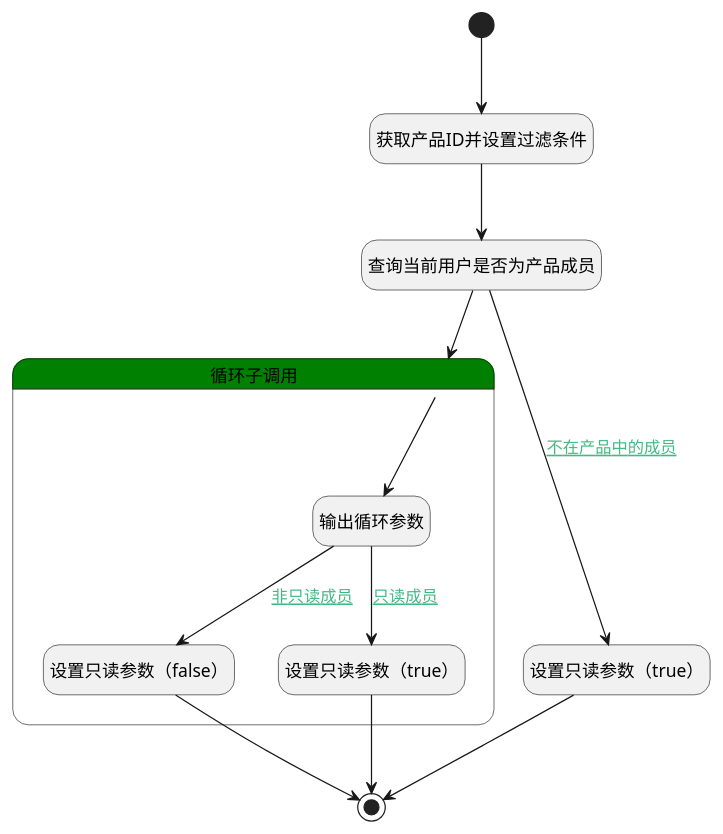
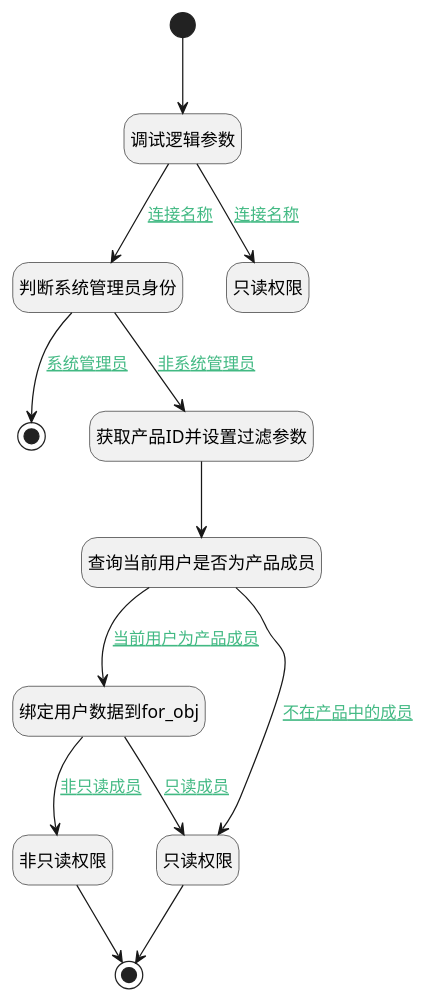
One commit to iBizLab/plm changed the diagram in doc/docsify/module/ProdMgmt/idea/logic/get_product_member.md. Above: the diagram before and after it, drawn with PlantUML. The commit also changed other lines of this file and 1068 other files, not shown here.

````diff
--- a/doc/docsify/module/ProdMgmt/idea/logic/get_product_member.md
+++ b/doc/docsify/module/ProdMgmt/idea/logic/get_product_member.md
@@ -7,36 +7,39 @@
 ```plantuml
 @startuml
 hide empty description
 <style>
 root {
   HyperlinkColor #42b983
 }
 </style>
 
 hide empty description
 state "开始" as Begin <<start>> [[$./get_product_member#begin {"开始"}]]
-state "获取产品ID并设置过滤条件" as PREPAREPARAM2  [[$./get_product_member#prepareparam2 {"获取产品ID并设置过滤条件"}]]
+state "调试逻辑参数" as DEBUGPARAM1  [[$./get_product_member#debugparam1 {"调试逻辑参数"}]]
+state "判断系统管理员身份" as RAWSFCODE3  [[$./get_product_member#rawsfcode3 {"判断系统管理员身份"}]]
+state "只读权限" as RAWSFCODE4  [[$./get_product_member#rawsfcode4 {"只读权限"}]]
+state "结束" as END2 <<end>> [[$./get_product_member#end2 {"结束"}]]
+state "获取产品ID并设置过滤参数" as PREPAREPARAM2  [[$./get_product_member#prepareparam2 {"获取产品ID并设置过滤参数"}]]
 state "查询当前用户是否为产品成员" as DEDATASET3  [[$./get_product_member#dedataset3 {"查询当前用户是否为产品成员"}]]
-state "设置只读参数（true）" as PREPAREPARAM8  [[$./get_product_member#prepareparam8 {"设置只读参数（true）"}]]
+state "绑定用户数据到for_obj" as PREPAREPARAM5  [[$./get_product_member#prepareparam5 {"绑定用户数据到for_obj"}]]
+state "只读权限" as RAWSFCODE1  [[$./get_product_member#rawsfcode1 {"只读权限"}]]
+state "非只读权限" as RAWSFCODE2  [[$./get_product_member#rawsfcode2 {"非只读权限"}]]
 state "结束" as END6 <<end>> [[$./get_product_member#end6 {"结束"}]]
-state "循环子调用" as LOOPSUBCALL3  [[$./get_product_member#loopsubcall3 {"循环子调用"}]] #green {
-state "输出循环参数" as DEBUGPARAM6  [[$./get_product_member#debugparam6 {"输出循环参数"}]]
-state "设置只读参数（false）" as PREPAREPARAM9  [[$./get_product_member#prepareparam9 {"设置只读参数（false）"}]]
-state "设置只读参数（true）" as PREPAREPARAM10  [[$./get_product_member#prepareparam10 {"设置只读参数（true）"}]]
-}
 
 
-Begin --> PREPAREPARAM2
+Begin --> DEBUGPARAM1
+DEBUGPARAM1 --> RAWSFCODE3 : [[$./get_product_member#debugparam1-rawsfcode3{连接名称} 连接名称]]
+RAWSFCODE3 --> PREPAREPARAM2 : [[$./get_product_member#rawsfcode3-prepareparam2{非系统管理员} 非系统管理员]]
 PREPAREPARAM2 --> DEDATASET3
-DEDATASET3 --> LOOPSUBCALL3
-LOOPSUBCALL3 --> DEBUGPARAM6
-DEBUGPARAM6 --> PREPAREPARAM9 : [[$./get_product_member#debugparam6-prepareparam9{非只读成员} 非只读成员]]
-PREPAREPARAM9 --> END6
-DEBUGPARAM6 --> PREPAREPARAM10 : [[$./get_product_member#debugparam6-prepareparam10{只读成员} 只读成员]]
-PREPAREPARAM10 --> END6
-DEDATASET3 --> PREPAREPARAM8 : [[$./get_product_member#dedataset3-prepareparam8{不在产品中的成员} 不在产品中的成员]]
-PREPAREPARAM8 --> END6
+DEDATASET3 --> RAWSFCODE1 : [[$./get_product_member#dedataset3-rawsfcode1{不在产品中的成员} 不在产品中的成员]]
+RAWSFCODE1 --> END6
+DEDATASET3 --> PREPAREPARAM5 : [[$./get_product_member#dedataset3-prepareparam5{当前用户为产品成员} 当前用户为产品成员]]
+PREPAREPARAM5 --> RAWSFCODE2 : [[$./get_product_member#prepareparam5-rawsfcode2{非只读成员} 非只读成员]]
+RAWSFCODE2 --> END6
+PREPAREPARAM5 --> RAWSFCODE1 : [[$./get_product_member#prepareparam5-rawsfcode1{只读成员} 只读成员]]
+RAWSFCODE3 --> END2 : [[$./get_product_member#rawsfcode3-end2{系统管理员} 系统管理员]]
+DEBUGPARAM1 --> RAWSFCODE4 : [[$./get_product_member#debugparam1-rawsfcode4{连接名称} 连接名称]]
 
 
 @enduml
 ```
````
